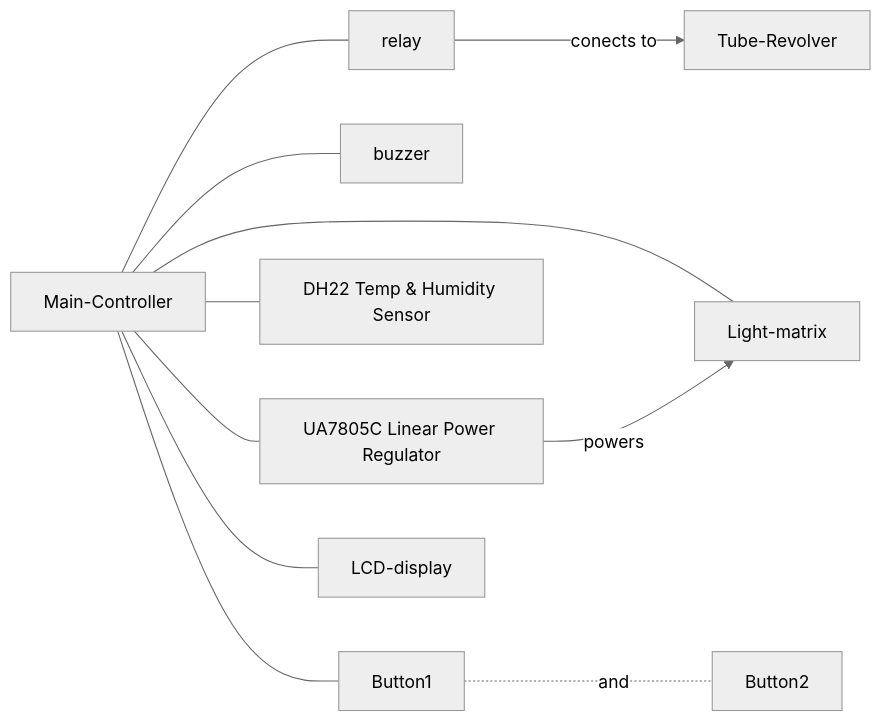
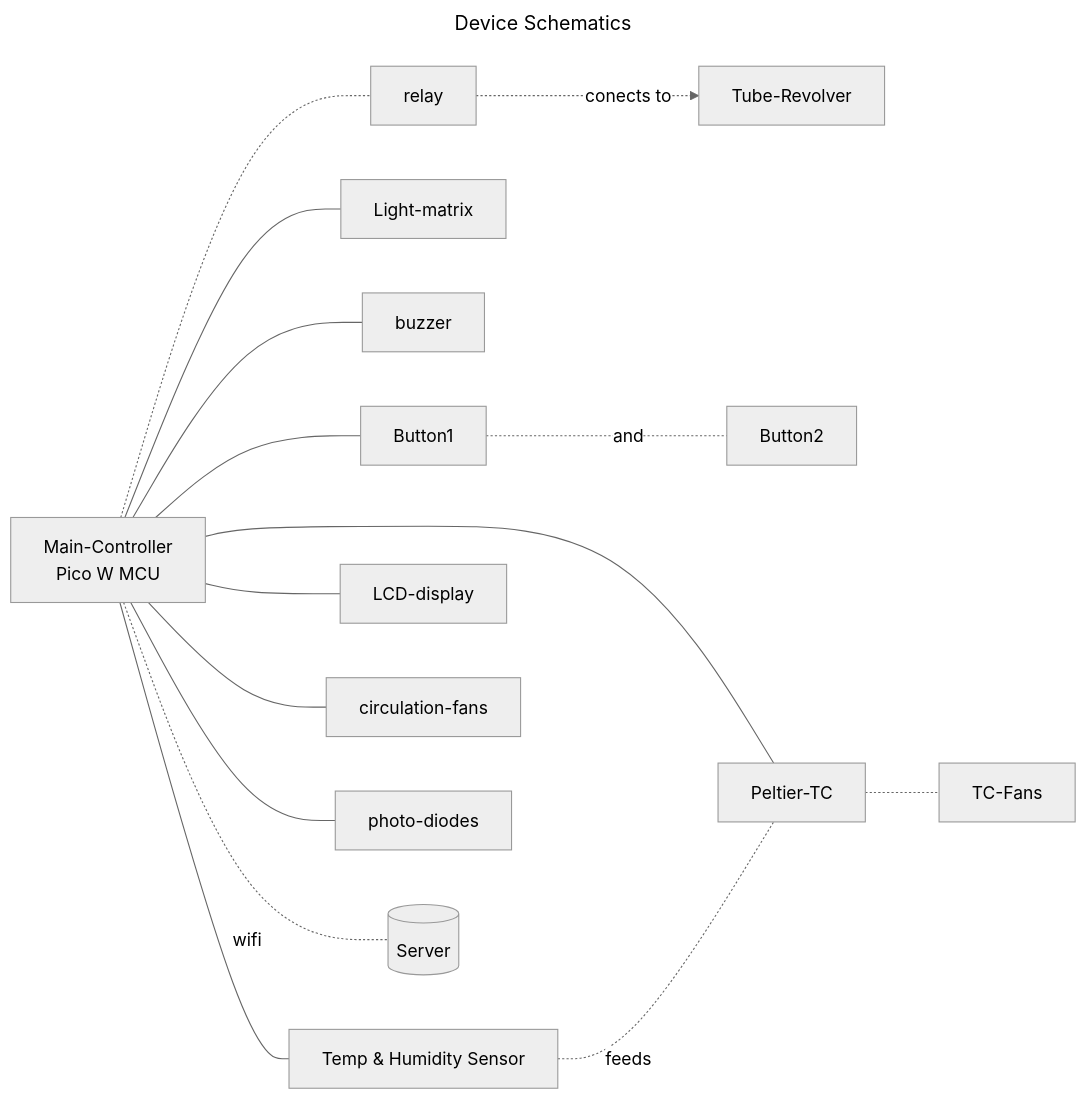
Before and after one commit to Trappy-Scopes/pico-incubator: the first of 11 diagrams in README.md, drawn with Mermaid (neutral theme). The commit also changed other lines of this file and 35 other files, not shown here.

````diff
--- a/README.md
+++ b/README.md
@@ -9,11 +13,18 @@
 ```mermaid
+---
+title: Device Schematics
+---
 graph LR
-	mcu[Main-Controller] --- relay --"conects to"--> Tube-Revolver
+	mcu[Main-Controller<br>Pico W MCU] -.- relay -. "conects to" .-> Tube-Revolver
 	mcu --- Light-matrix
 	mcu --- buzzer
 	mcu --- Button1 -.and.- Button2
-	mcu --- dh22[DH22 Temp & Humidity Sensor]
-	mcu --- UA7805C[UA7805C Linear Power Regulator] --powers--> Light-matrix
+	mcu --- tandh[Temp & Humidity Sensor]
 	mcu --- LCD-display
+	mcu --- Peltier-TC -.- TC-Fans
+	tandh -.feeds .- Peltier-TC
+	mcu --- circulation-fans
+	mcu --- photo-diodes
+	mcu -."wifi".- server[(Server)]
 	
 ```
````
